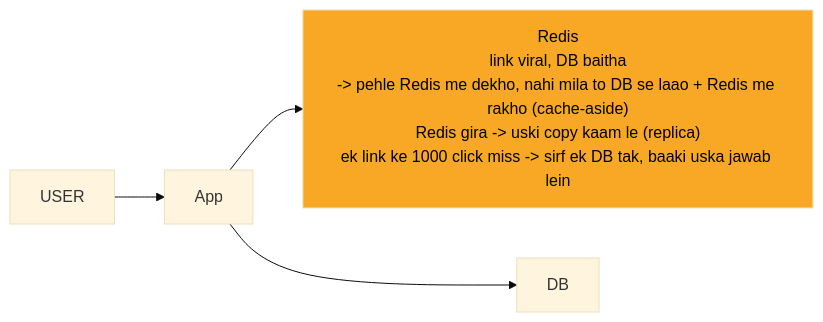
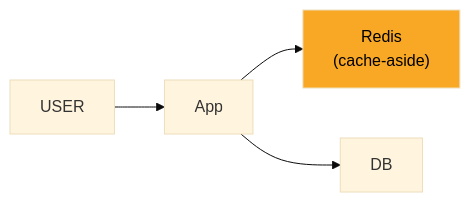
The diagram in 04_HLD/SYSTEM_DESIGNS/01_url_shortener/img/c1.mmd (ArpanMaheshwari144/Prep), drawn with Mermaid (base theme) before and after one commit. The commit also changed 29 other files, not shown here.

```diff
--- a/04_HLD/SYSTEM_DESIGNS/01_url_shortener/img/c1.mmd
+++ b/04_HLD/SYSTEM_DESIGNS/01_url_shortener/img/c1.mmd
@@ -1,10 +1,10 @@
 %%{init: {"flowchart": {"wrappingWidth": 450}}}%%
 flowchart LR
     n_USER["USER"]
     n_App["App"]
-    n_Redis["Redis<br/>link viral, DB baitha<br/>-> pehle Redis me dekho, nahi mila to DB se laao + Redis me rakho (cache-aside)<br/>Redis gira -> uski copy kaam le (replica)<br/>ek link ke 1000 click miss -> sirf ek DB tak, baaki uska jawab lein"]
+    n_Redis["Redis<br/>(cache-aside)"]
     n_DB["DB"]
     n_USER --> n_App
     n_App --> n_Redis
     n_App --> n_DB
     style n_Redis fill:#f9a825,color:#000
```
